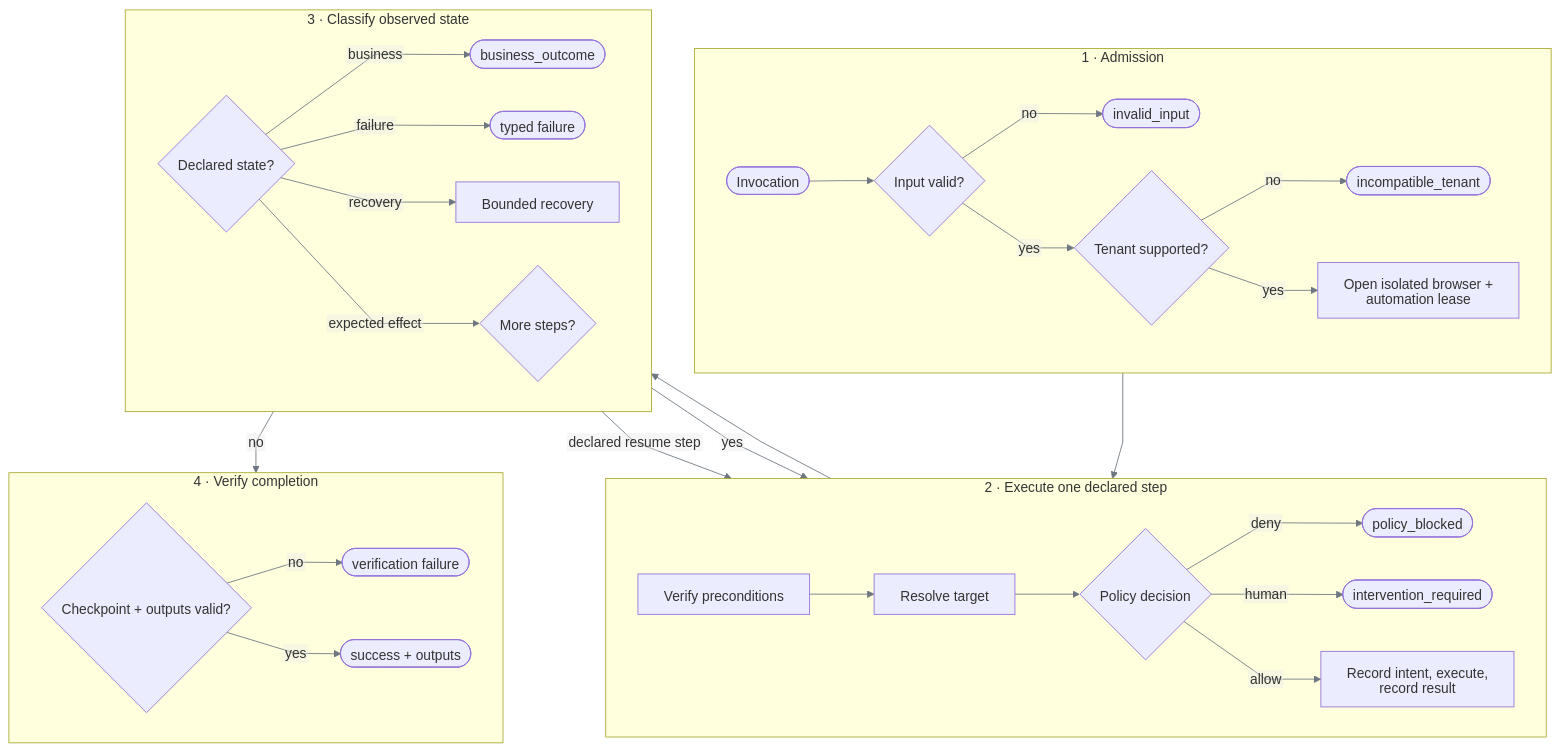
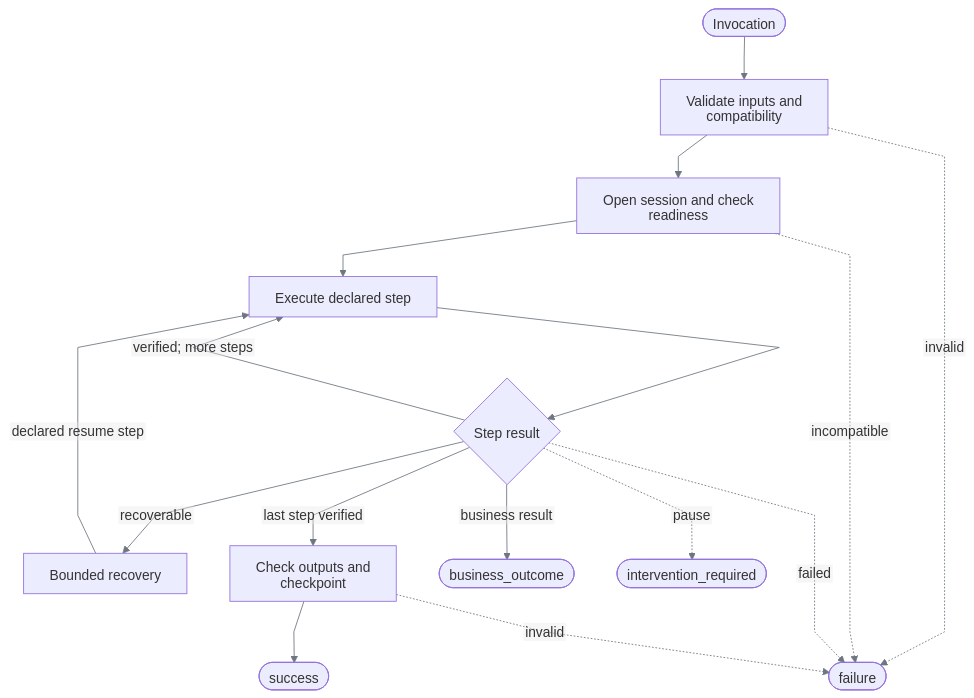
One commit to SivaTSS/replay-forge changed the second of 2 diagrams in docs/capability-and-replay.md. Above: the diagram before and after it, drawn with Mermaid. The commit also changed other lines of this file and 15 other files, not shown here.

Commit message:
docs: unify reference structure and validate diagram consistency

````diff
--- a/docs/capability-and-replay.md
+++ b/docs/capability-and-replay.md
@@ -145,44 +167,19 @@
 ```mermaid
 %%{init: {"htmlLabels":false,"themeVariables":{"lineColor":"#6E7781","signalColor":"#6E7781"},"flowchart":{"curve":"linear"},"sequence":{"wrap":true}}}%%
 flowchart TB
-    subgraph Admission[1 · Admission]
-        direction LR
-        Q([Invocation]) --> IV{Input valid?}
-        IV -- no --> IF([invalid_input])
-        IV -- yes --> TV{Tenant supported?}
-        TV -- no --> TF([incompatible_tenant])
-        TV -- yes --> B[Open isolated browser + automation lease]
-    end
-
-    subgraph Step[2 · Execute one declared step]
-        direction LR
-        PC[Verify preconditions] --> ST[Resolve target]
-        ST --> PO{Policy decision}
-        PO -- deny --> PF([policy_blocked])
-        PO -- human --> H([intervention_required])
-        PO -- allow --> AI[Record intent, execute, record result]
-    end
-
-    subgraph State[3 · Classify observed state]
-        direction LR
-        EX{Declared state?}
-        EX -- business --> BO([business_outcome])
-        EX -- failure --> HF([typed failure])
-        EX -- recovery --> RC[Bounded recovery]
-        EX -- expected effect --> NX{More steps?}
-    end
-
-    subgraph Verify[4 · Verify completion]
-        direction LR
-        CK{Checkpoint + outputs valid?}
-        CK -- no --> VF([verification failure])
-        CK -- yes --> OK([success + outputs])
-    end
-
-    B --> PC
-    AI --> EX
-    RC -->|declared resume step| ST
-    NX -- yes --> ST
-    NX -- no --> CK
-
+    Q([Invocation]) --> A[Validate inputs and compatibility]
+    A --> B[Open session and check readiness]
+    B --> S[Execute declared step]
+    S --> N{Step result}
+    N -->|verified; more steps| S
+    N -->|recoverable| R[Bounded recovery]
+    R -->|declared resume step| S
+    N -->|last step verified| C[Check outputs and checkpoint]
+    C --> OK([success])
+    N -->|business result| BO([business_outcome])
+    N -. pause .-> H([intervention_required])
+    A -. invalid .-> F([failure])
+    B -. incompatible .-> F
+    N -. failed .-> F
+    C -. invalid .-> F
 ```
````
